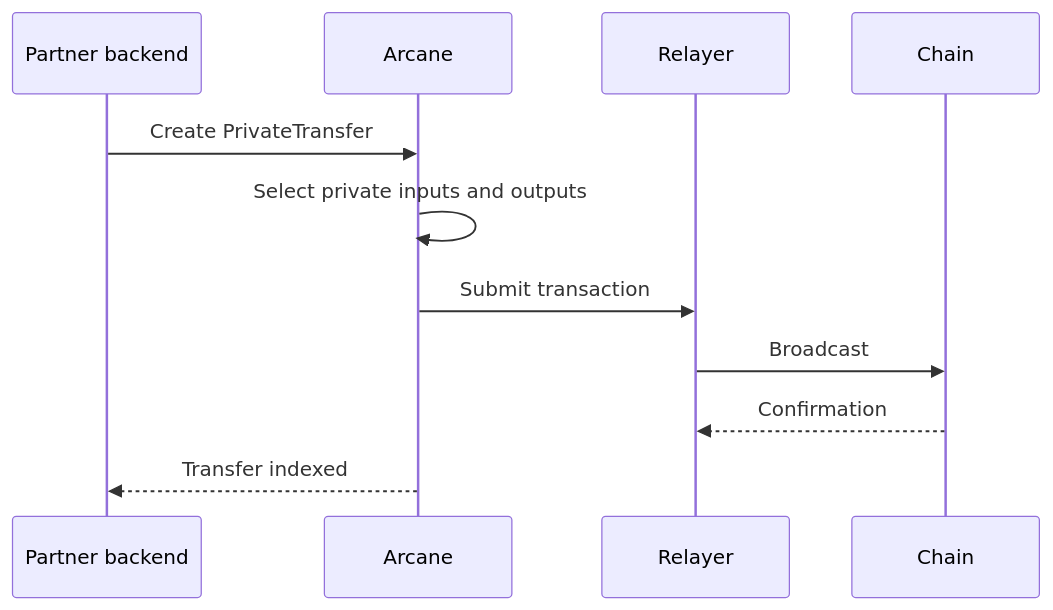
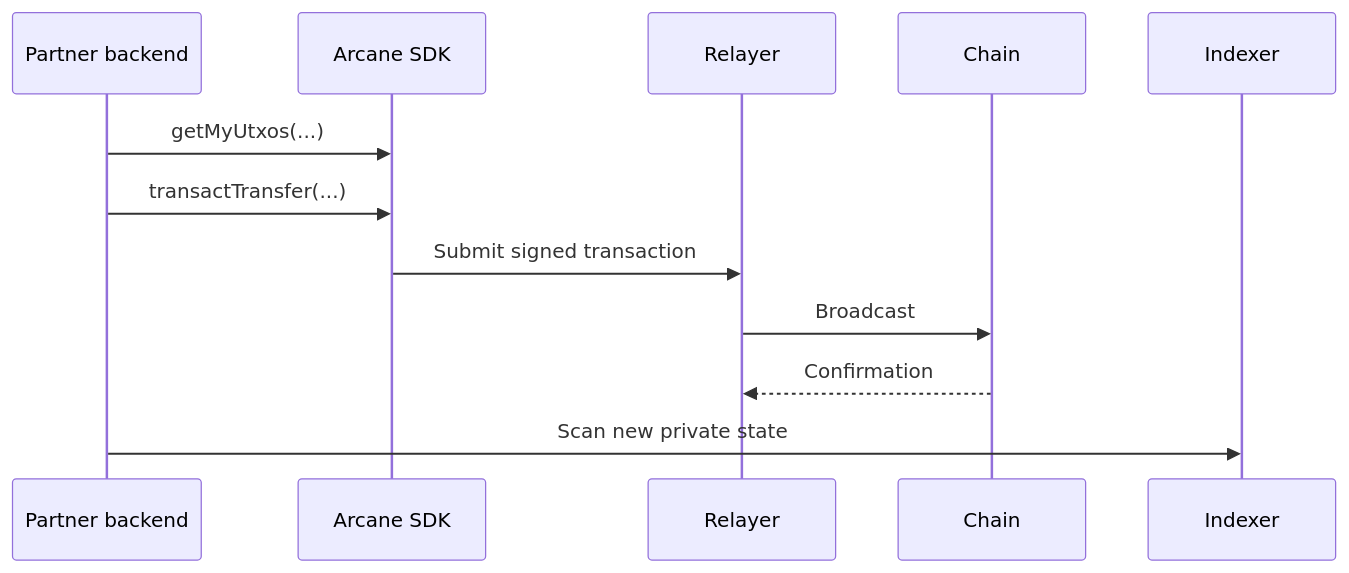
One commit to Polynom-Labs/docs changed the diagram in integration-guides/private-transfers.mdx. Above: the diagram before and after it, drawn with Mermaid. The commit also changed other lines of this file and 32 other files, not shown here.

````diff
--- a/integration-guides/private-transfers.mdx
+++ b/integration-guides/private-transfers.mdx
@@ -26,14 +26,15 @@
 ```mermaid
 sequenceDiagram
   participant Backend as Partner backend
-  participant Arcane
+  participant SDK as Arcane SDK
   participant Relayer
   participant Chain
+  participant Indexer
 
-  Backend->>Arcane: Create PrivateTransfer
-  Arcane->>Arcane: Select private inputs and outputs
-  Arcane->>Relayer: Submit transaction
+  Backend->>SDK: getMyUtxos(...)
+  Backend->>SDK: transactTransfer(...)
+  SDK->>Relayer: Submit signed transaction
   Relayer->>Chain: Broadcast
   Chain-->>Relayer: Confirmation
-  Arcane-->>Backend: Transfer indexed
+  Backend->>Indexer: Scan new private state
 ```
````
